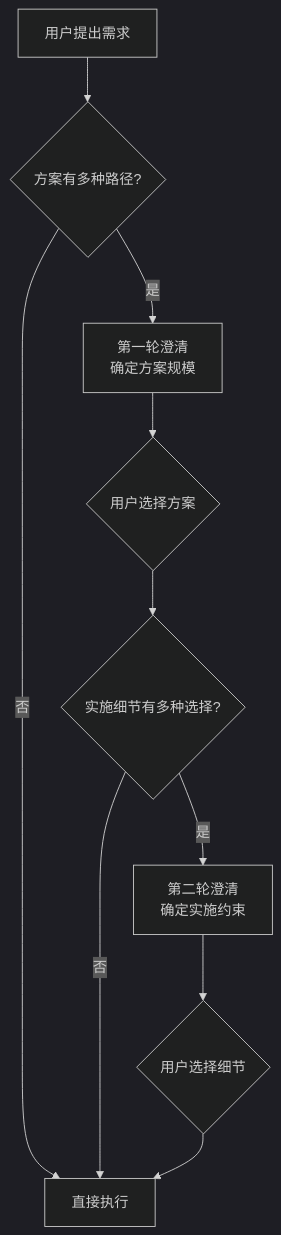
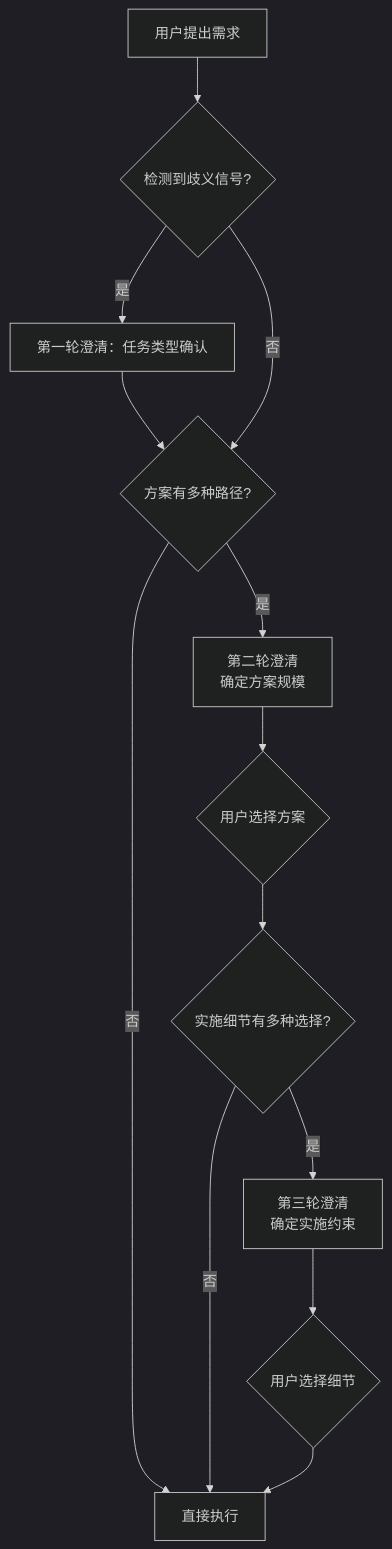
The diagram in docs/retrospective/patterns/methodology-patterns/governance-strategy/progressive-requirement-clarification.md (xinetzone/SpecWeave), drawn with Mermaid (dark theme) before and after one commit. The commit also changed other lines of this file and 3 other files, not shown here.

````diff
--- a/docs/retrospective/patterns/methodology-patterns/governance-strategy/progressive-requirement-clarification.md
+++ b/docs/retrospective/patterns/methodology-patterns/governance-strategy/progressive-requirement-clarification.md
@@ -45,12 +47,15 @@
 ```mermaid
 flowchart TD
-    A["用户提出需求"] --> B{"方案有多种路径?"}
-    B -->|"否"| C["直接执行"]
-    B -->|"是"| D["第一轮澄清<br/>确定方案规模"]
-    D --> E{"用户选择方案"}
-    E --> F{"实施细节有多种选择?"}
-    F -->|"否"| C
-    F -->|"是"| G["第二轮澄清<br/>确定实施约束"]
-    G --> H{"用户选择细节"}
-    H --> C
+    A["用户提出需求"] --> B{"检测到歧义信号?"}
+    B -->|"是"| B1["第一轮澄清：任务类型确认"]
+    B1 --> C{"方案有多种路径?"}
+    B -->|"否"| C
+    C -->|"否"| D["直接执行"]
+    C -->|"是"| E["第二轮澄清<br/>确定方案规模"]
+    E --> F{"用户选择方案"}
+    F --> G{"实施细节有多种选择?"}
+    G -->|"否"| D
+    G -->|"是"| H["第三轮澄清<br/>确定实施约束"]
+    H --> I{"用户选择细节"}
+    I --> D
 ```
````
